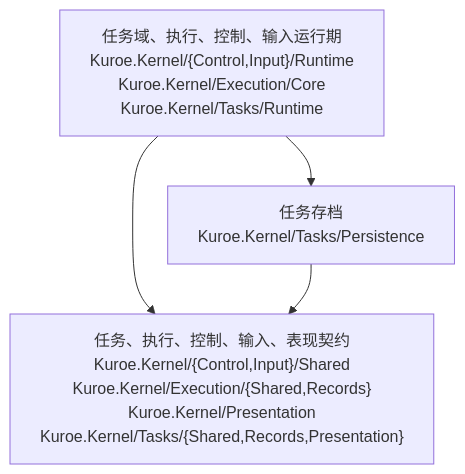
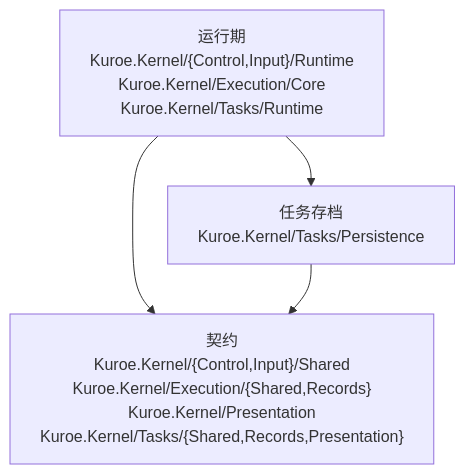
The diagram in docs/dev/architecture/functional-boundary/kernel/index.md (DrMelt/Kuroe), drawn with Mermaid before and after one commit. The commit also changed other lines of this file and 14 other files, not shown here.

````diff
--- a/docs/dev/architecture/functional-boundary/kernel/index.md
+++ b/docs/dev/architecture/functional-boundary/kernel/index.md
@@ -5,9 +5,9 @@
 ```mermaid
 flowchart TD
-    Runtime["任务域、执行、控制、输入运行期<br>Kuroe.Kernel/{Control,Input}/Runtime<br>Kuroe.Kernel/Execution/Core<br>Kuroe.Kernel/Tasks/Runtime"]
+    Runtime["运行期<br>Kuroe.Kernel/{Control,Input}/Runtime<br>Kuroe.Kernel/Execution/Core<br>Kuroe.Kernel/Tasks/Runtime"]
     Archive["任务存档<br>Kuroe.Kernel/Tasks/Persistence"]
-    Contracts["任务、执行、控制、输入、表现契约<br>Kuroe.Kernel/{Control,Input}/Shared<br>Kuroe.Kernel/Execution/{Shared,Records}<br>Kuroe.Kernel/Presentation<br>Kuroe.Kernel/Tasks/{Shared,Records,Presentation}"]
+    Contracts["契约<br>Kuroe.Kernel/{Control,Input}/Shared<br>Kuroe.Kernel/Execution/{Shared,Records}<br>Kuroe.Kernel/Presentation<br>Kuroe.Kernel/Tasks/{Shared,Records,Presentation}"]
     Runtime --> Contracts
     Runtime --> Archive
     Archive --> Contracts
 ```
````
